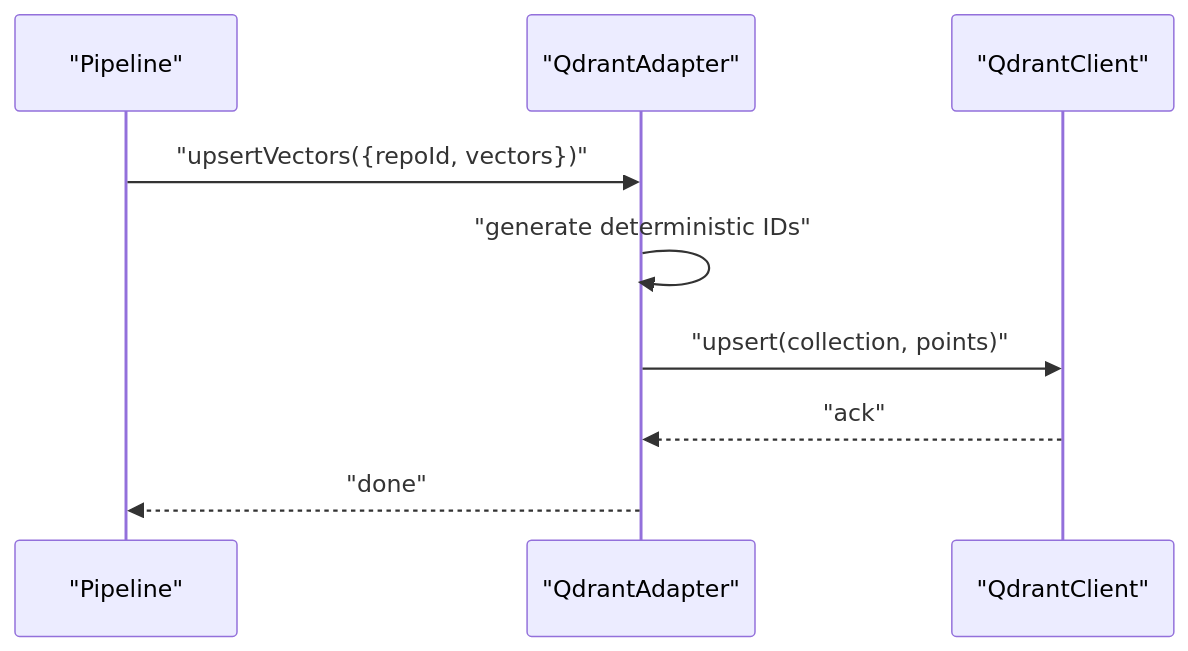
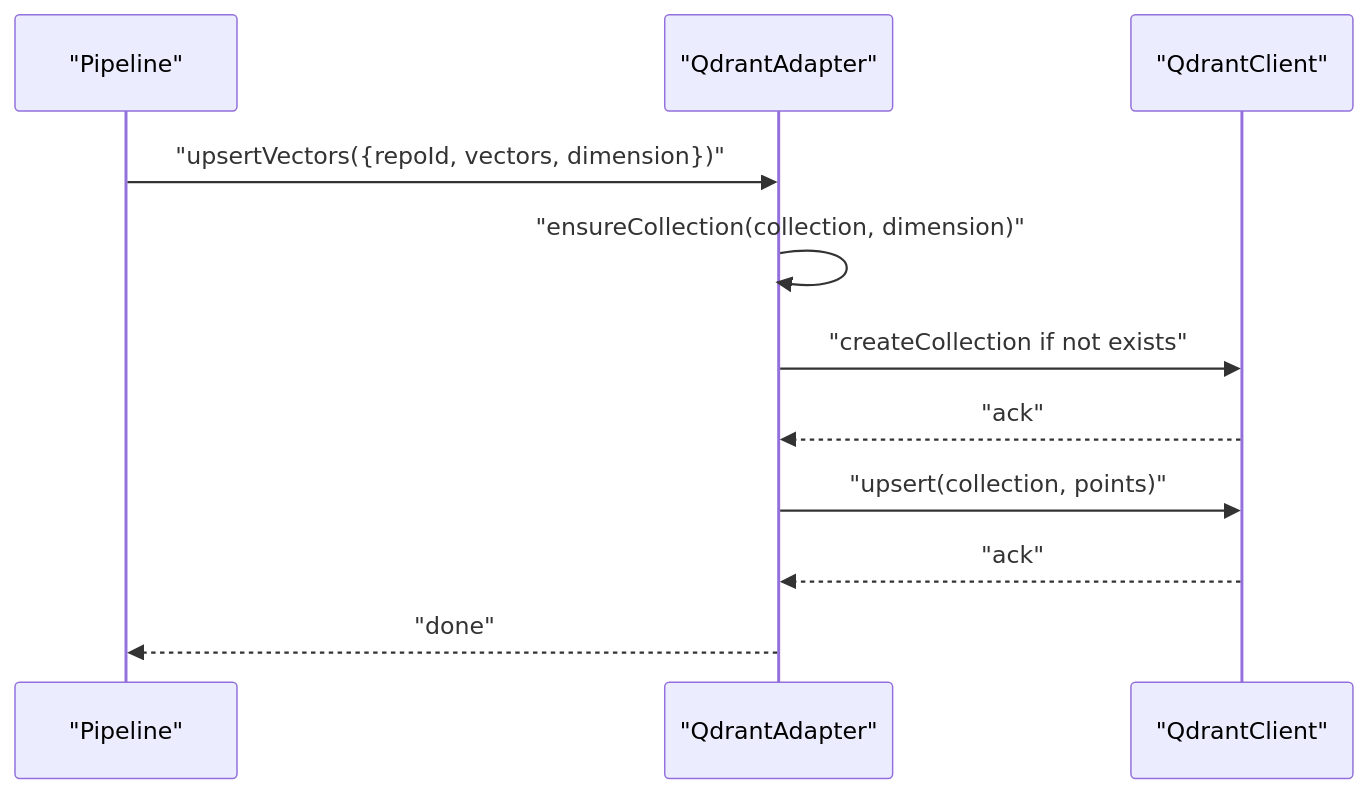
The fifth of 10 diagrams in .qoder/repowiki/en/content/Indexing and Search System/Vector Database Adapters.md (bramburn/repomix-runner), drawn with Mermaid before and after one commit. The commit also changed other lines of this file and 17 other files, not shown here.

````diff
--- a/.qoder/repowiki/en/content/Indexing and Search System/Vector Database Adapters.md
+++ b/.qoder/repowiki/en/content/Indexing and Search System/Vector Database Adapters.md
@@ -234,11 +247,13 @@
 ```mermaid
 sequenceDiagram
 participant P as "Pipeline"
 participant A as "QdrantAdapter"
 participant Q as "QdrantClient"
-P->>A : "upsertVectors({repoId, vectors})"
-A->>A : "generate deterministic IDs"
+P->>A : "upsertVectors({repoId, vectors, dimension})"
+A->>A : "ensureCollection(collection, dimension)"
+A->>Q : "createCollection if not exists"
+Q-->>A : "ack"
 A->>Q : "upsert(collection, points)"
 Q-->>A : "ack"
 A-->>P : "done"
 ```
````
